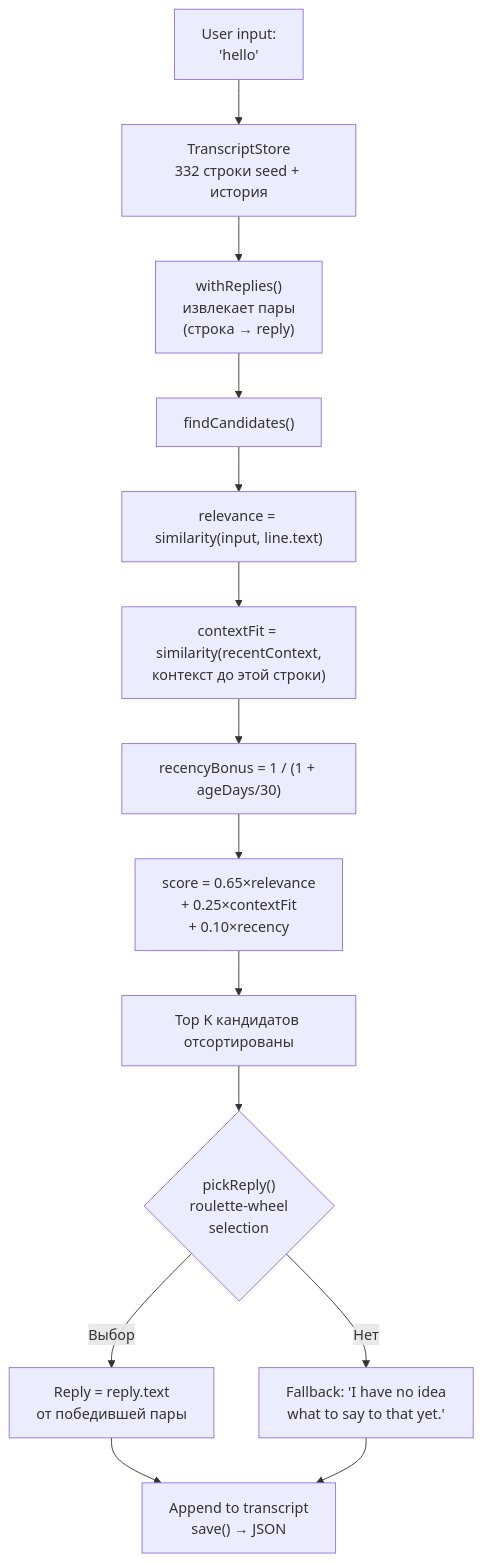
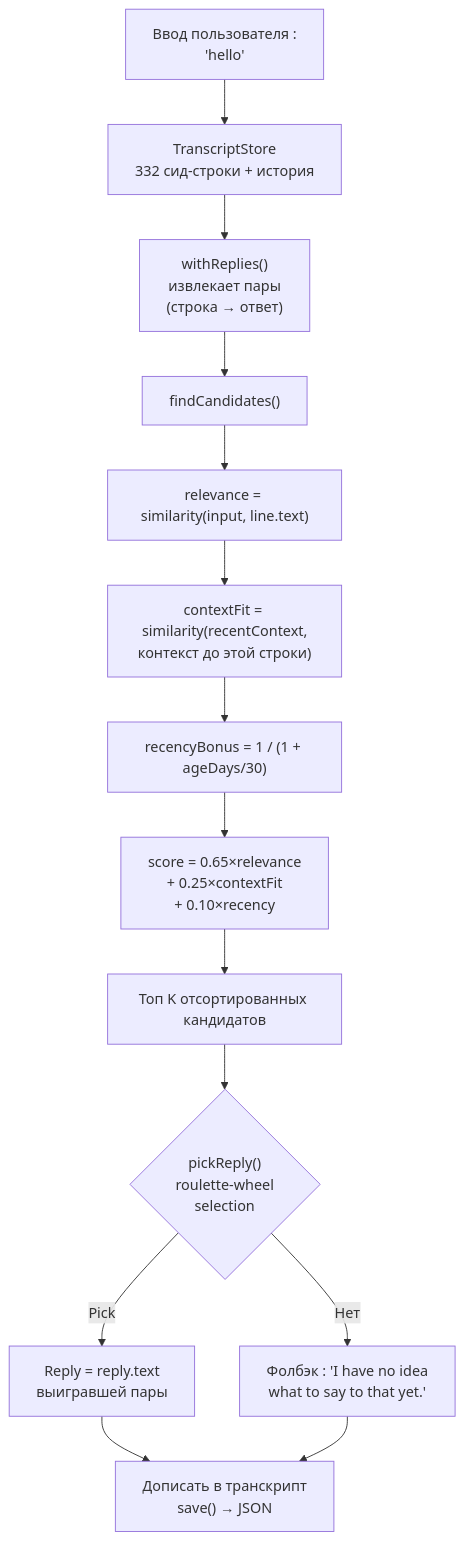
Before and after one commit to fox3000foxy/fox3000foxy.github.io: the second of 2 diagrams in public/articles/ru/from-eliza-to-llm-chatbots-typescript.md, drawn with Mermaid. The commit also changed other lines of this file and 576 other files, not shown here.

````diff
--- a/public/articles/ru/from-eliza-to-llm-chatbots-typescript.md
+++ b/public/articles/ru/from-eliza-to-llm-chatbots-typescript.md
@@ -308,16 +307,16 @@
 ```mermaid
 flowchart TD
-    A["User input:<br>'hello'"] --> B["TranscriptStore<br>332 строки seed + история"]
-    B --> C["withReplies()<br>извлекает пары<br>(строка → reply)"]
+    A["Ввод пользователя :<br>'hello'"] --> B["TranscriptStore<br>332 сид-строки + история"]
+    B --> C["withReplies()<br>извлекает пары<br>(строка → ответ)"]
     C --> D["findCandidates()"]
     D --> E["relevance = similarity(input, line.text)"]
     E --> F["contextFit = similarity(recentContext,<br>контекст до этой строки)"]
     F --> G["recencyBonus = 1 / (1 + ageDays/30)"]
     G --> H["score = 0.65×relevance<br>+ 0.25×contextFit<br>+ 0.10×recency"]
-    H --> I["Top K кандидатов отсортированы"]
+    H --> I["Топ K отсортированных кандидатов"]
     I --> J{"pickReply()<br>roulette-wheel<br>selection"}
-    J -->|"Выбор"| K["Reply = reply.text<br>от победившей пары"]
-    J -->|"Нет"| L["Fallback: 'I have no idea<br>what to say to that yet.'"]
-    K --> M["Append to transcript<br>save() → JSON"]
+    J -->|"Pick"| K["Reply = reply.text<br>выигравшей пары"]
+    J -->|"Нет"| L["Фолбэк : 'I have no idea<br>what to say to that yet.'"]
+    K --> M["Дописать в транскрипт<br>save() → JSON"]
     L --> M
 ```
````
